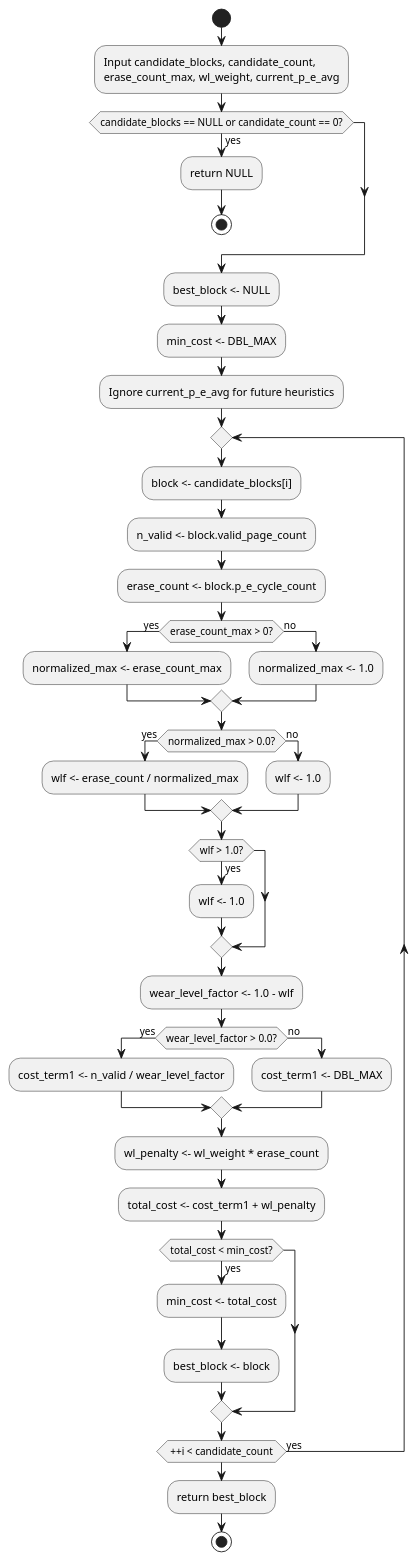
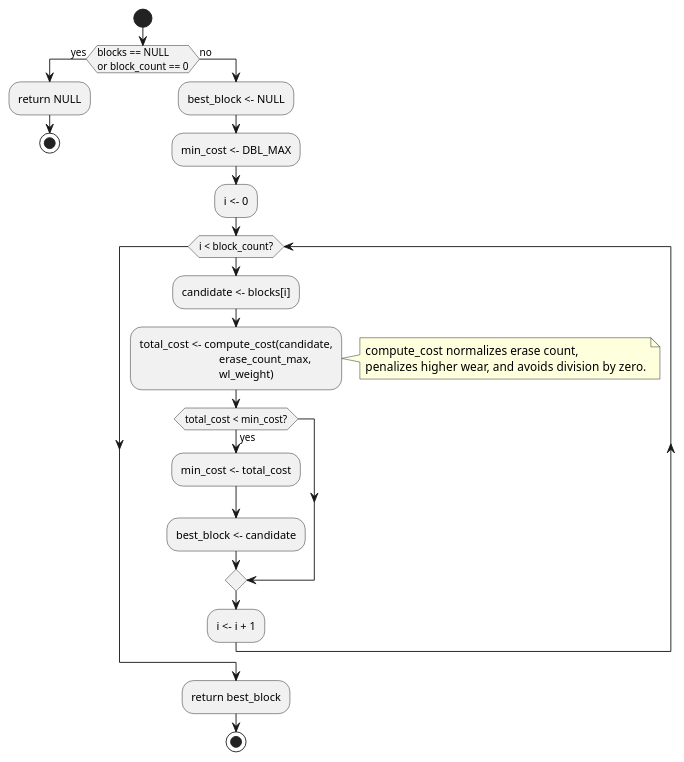
One commit to trustard/trusta_rd_test changed the diagram in select_victim_block_flow.puml. Above: the diagram before and after it, drawn with PlantUML. The commit also changed 1 other file, not shown here.

```diff
--- a/select_victim_block_flow.puml
+++ b/select_victim_block_flow.puml
@@ -1,44 +1,29 @@
 @startuml select_victim_block_flow
 start
-:Input candidate_blocks, candidate_count,
-erase_count_max, wl_weight, current_p_e_avg;
-if (candidate_blocks == NULL or candidate_count == 0?) then (yes)
+if (blocks == NULL
+or block_count == 0) then (yes)
   :return NULL;
   stop
+else (no)
+  :best_block <- NULL;
+  :min_cost <- DBL_MAX;
+  :i <- 0;
+  while (i < block_count?)
+    :candidate <- blocks[i];
+    :total_cost <- compute_cost(candidate,
+                                erase_count_max,
+                                wl_weight);
+    note right
+      compute_cost normalizes erase count,
+      penalizes higher wear, and avoids division by zero.
+    end note
+    if (total_cost < min_cost?) then (yes)
+      :min_cost <- total_cost;
+      :best_block <- candidate;
+    endif
+    :i <- i + 1;
+  endwhile
+  :return best_block;
+  stop
 endif
-:best_block <- NULL;
-:min_cost <- DBL_MAX;
-:Ignore current_p_e_avg for future heuristics;
-repeat
-  :block <- candidate_blocks[i];
-  :n_valid <- block.valid_page_count;
-  :erase_count <- block.p_e_cycle_count;
-  if (erase_count_max > 0?) then (yes)
-    :normalized_max <- erase_count_max;
-  else (no)
-    :normalized_max <- 1.0;
-  endif
-  if (normalized_max > 0.0?) then (yes)
-    :wlf <- erase_count / normalized_max;
-  else (no)
-    :wlf <- 1.0;
-  endif
-  if (wlf > 1.0?) then (yes)
-    :wlf <- 1.0;
-  endif
-  :wear_level_factor <- 1.0 - wlf;
-  if (wear_level_factor > 0.0?) then (yes)
-    :cost_term1 <- n_valid / wear_level_factor;
-  else (no)
-    :cost_term1 <- DBL_MAX;
-  endif
-  :wl_penalty <- wl_weight * erase_count;
-  :total_cost <- cost_term1 + wl_penalty;
-  if (total_cost < min_cost?) then (yes)
-    :min_cost <- total_cost;
-    :best_block <- block;
-  endif
-repeat while ( ++i < candidate_count ) is (yes)
-:return best_block;
-stop
 @enduml
```
